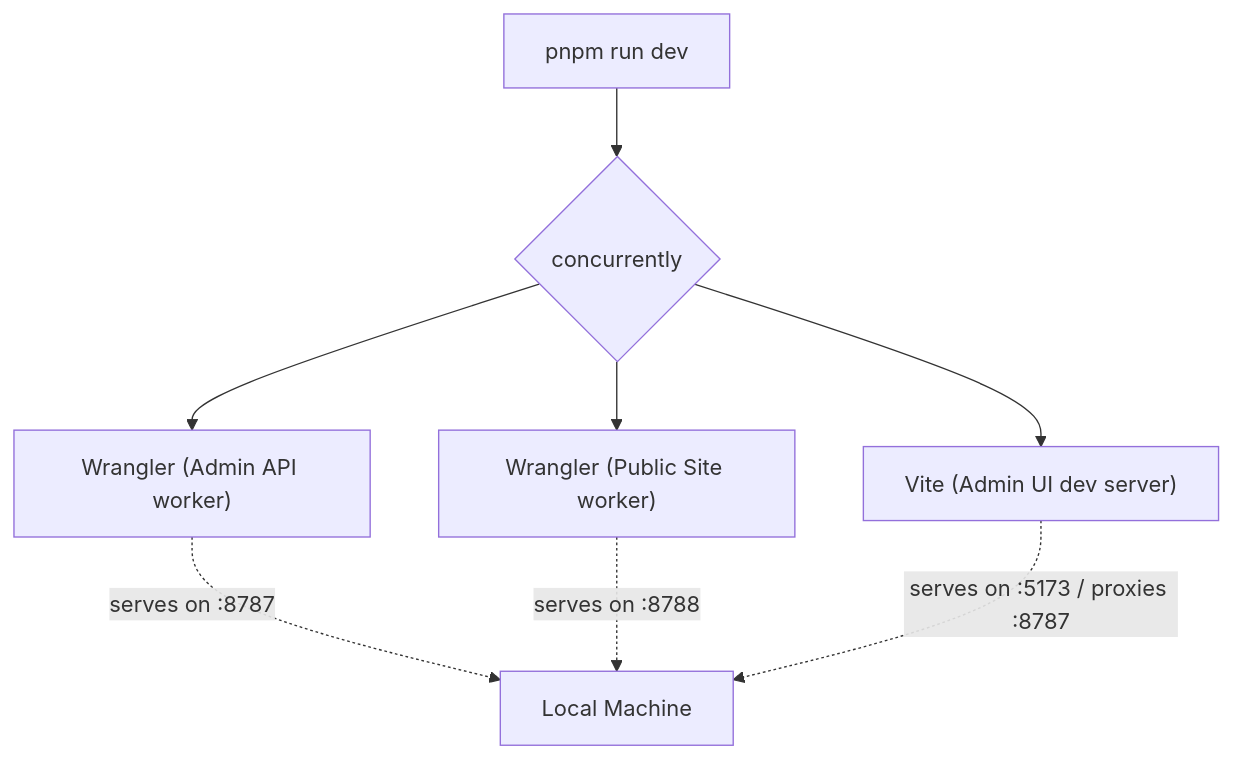
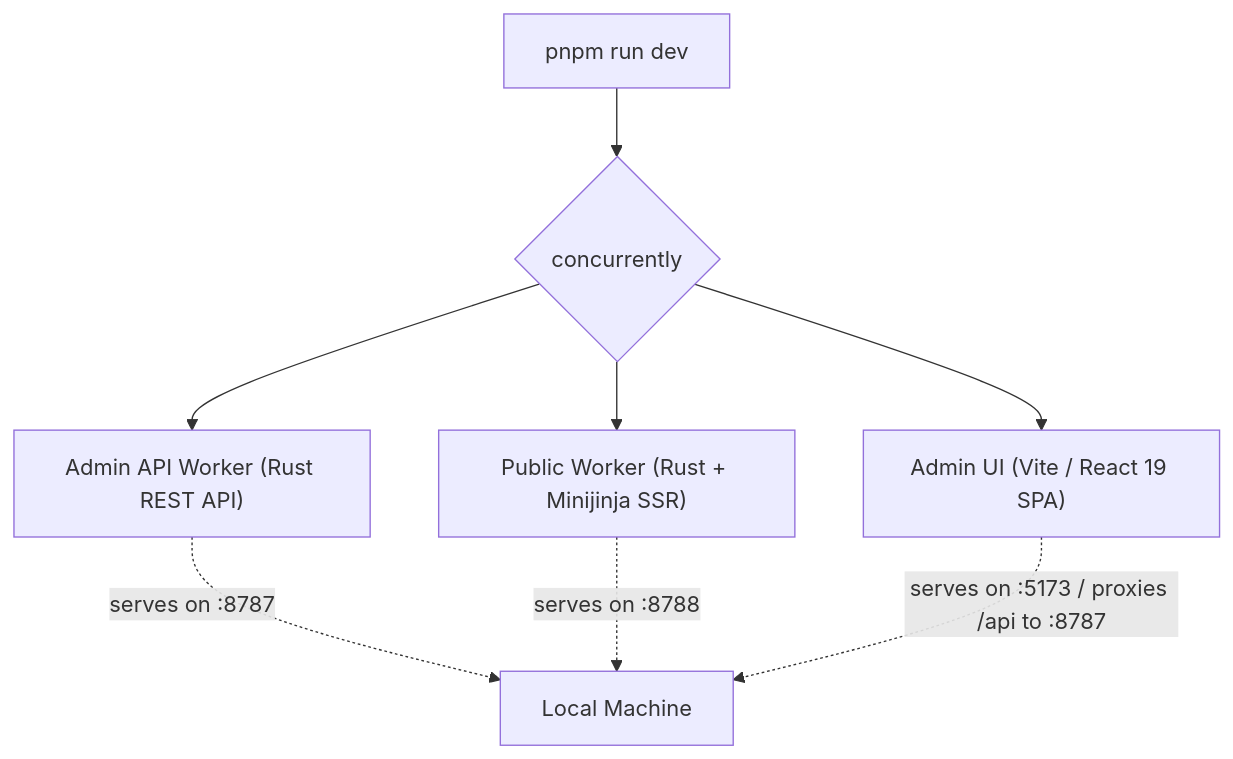
One commit to rjspencer/zygo-cms changed the diagram in docs/official/quickstart.md. Above: the diagram before and after it, drawn with Mermaid. The commit also changed other lines of this file and 6 other files, not shown here.

Commit message:
docs(official): reconcile quickstart, architecture, and D1 data model

````diff
--- a/docs/official/quickstart.md
+++ b/docs/official/quickstart.md
@@ -52,11 +52,11 @@
 ```mermaid
 flowchart TD
     A["pnpm run dev"] --> B{"concurrently"}
-    B --> C["Wrangler (Admin API worker)"]
-    B --> D["Wrangler (Public Site worker)"]
-    B --> E["Vite (Admin UI dev server)"]
+    B --> C["Admin API Worker (Rust REST API)"]
+    B --> D["Public Worker (Rust + Minijinja SSR)"]
+    B --> E["Admin UI (Vite / React 19 SPA)"]
     
     C -.->|serves on :8787| F[Local Machine]
     D -.->|serves on :8788| F
-    E -.->|serves on :5173 / proxies :8787| F
+    E -.->|serves on :5173 / proxies /api to :8787| F
 ```
````
